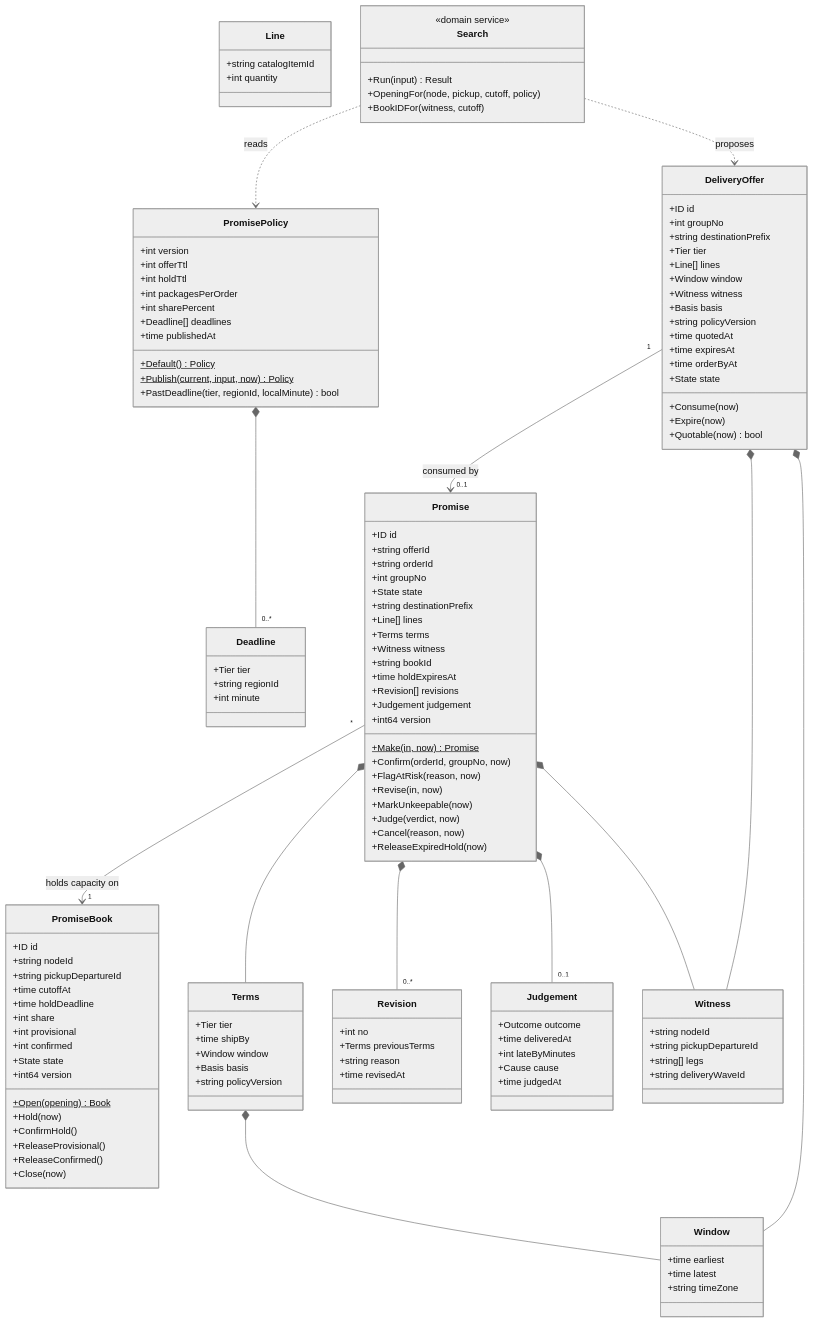
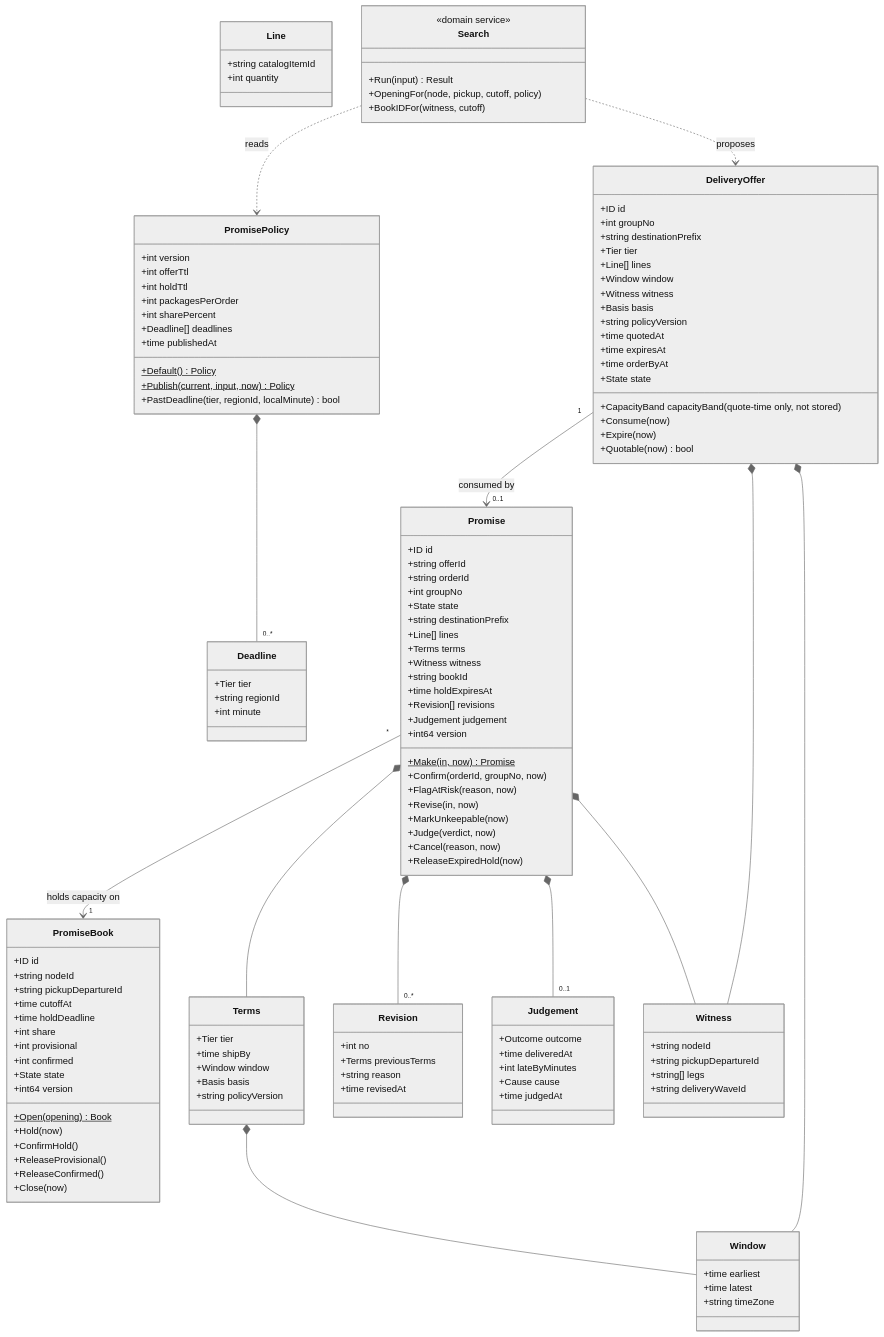
Before and after one commit to IQVO/delivery-promise: the first of 2 diagrams in docs/docs/ddd/class-diagram.md, drawn with Mermaid (neutral theme). The commit also changed other lines of this file and 15 other files, not shown here.

Commit message:
docs(spec): capacityBand in OpenAPI, AsyncAPI, REST reference, MCP docs and ubiquitous language (ADR 0023)

```diff
--- a/docs/docs/ddd/class-diagram.md
+++ b/docs/docs/ddd/class-diagram.md
@@ -26,6 +26,7 @@
     +time quotedAt
     +time expiresAt
     +time orderByAt
+    +CapacityBand capacityBand (quote-time only, not stored)
     +State state
     +Consume(now)
     +Expire(now)
```
